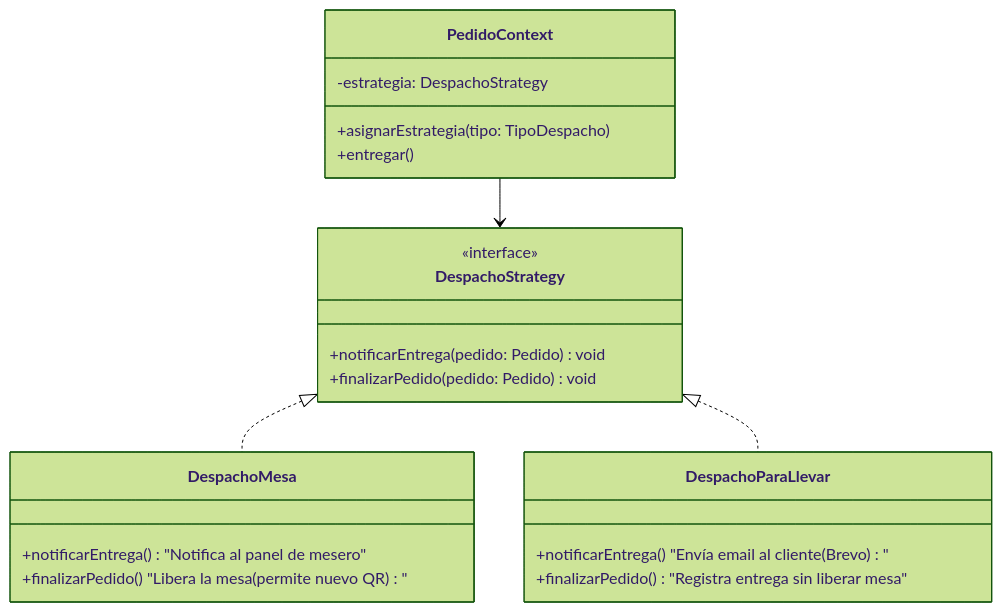
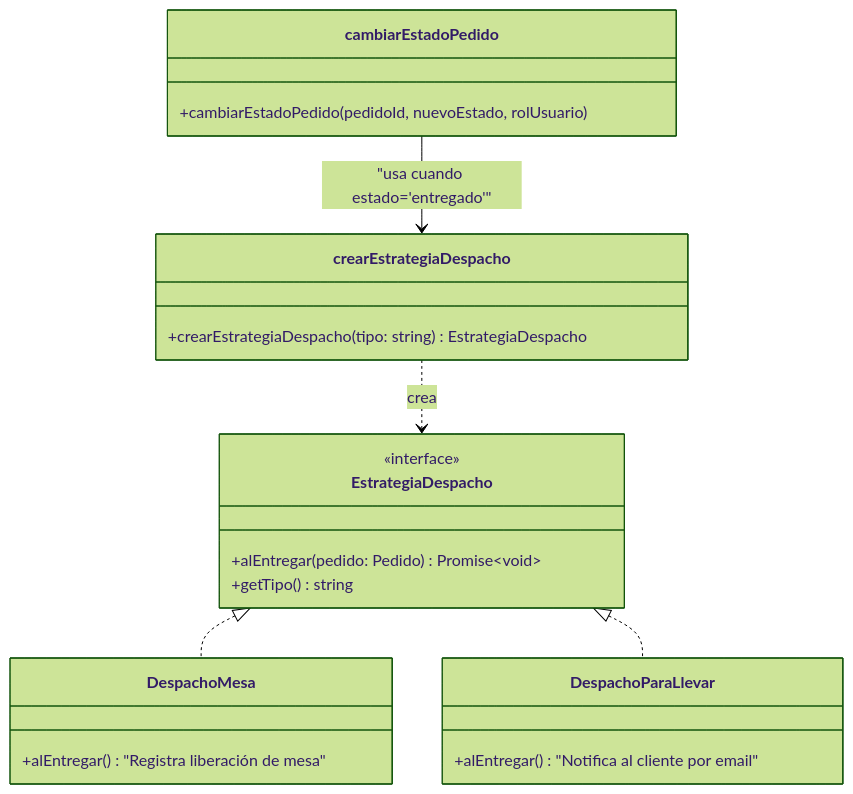
The diagram in docs/04-patrones/strategy.md (SLarkZ01/E-commerce-de-Restaurante), drawn with Mermaid (forest theme) before and after one commit. The commit also changed other lines of this file and 59 other files, not shown here.

````diff
--- a/docs/04-patrones/strategy.md
+++ b/docs/04-patrones/strategy.md
@@ -33,28 +39,29 @@
 ```mermaid
 classDiagram
-    class DespachoStrategy {
+    class EstrategiaDespacho {
         <<interface>>
-        +notificarEntrega(pedido: Pedido) void
-        +finalizarPedido(pedido: Pedido) void
+        +alEntregar(pedido: Pedido) Promise~void~
+        +getTipo() string
     }
 
     class DespachoMesa {
-        +notificarEntrega() "Notifica al panel de mesero"
-        +finalizarPedido() "Libera la mesa (permite nuevo QR)"
+        +alEntregar() "Registra liberación de mesa"
     }
 
     class DespachoParaLlevar {
-        +notificarEntrega() "Envía email al cliente (Brevo)"
-        +finalizarPedido() "Registra entrega sin liberar mesa"
+        +alEntregar() "Notifica al cliente por email"
     }
 
-    class PedidoContext {
-        -estrategia: DespachoStrategy
-        +asignarEstrategia(tipo: TipoDespacho)
-        +entregar()
+    class crearEstrategiaDespacho {
+        +crearEstrategiaDespacho(tipo: string) EstrategiaDespacho
     }
 
-    DespachoStrategy <|.. DespachoMesa
-    DespachoStrategy <|.. DespachoParaLlevar
-    PedidoContext --> DespachoStrategy
+    class cambiarEstadoPedido {
+        +cambiarEstadoPedido(pedidoId, nuevoEstado, rolUsuario)
+    }
+
+    EstrategiaDespacho <|.. DespachoMesa
+    EstrategiaDespacho <|.. DespachoParaLlevar
+    crearEstrategiaDespacho ..> EstrategiaDespacho : crea
+    cambiarEstadoPedido --> crearEstrategiaDespacho : "usa cuando estado='entregado'"
 ```
````
